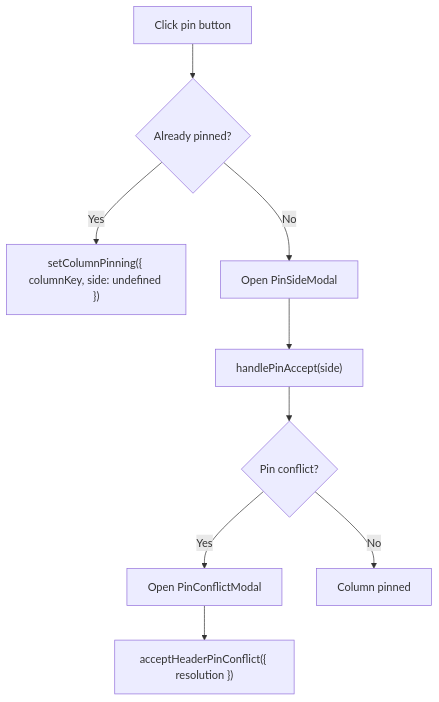
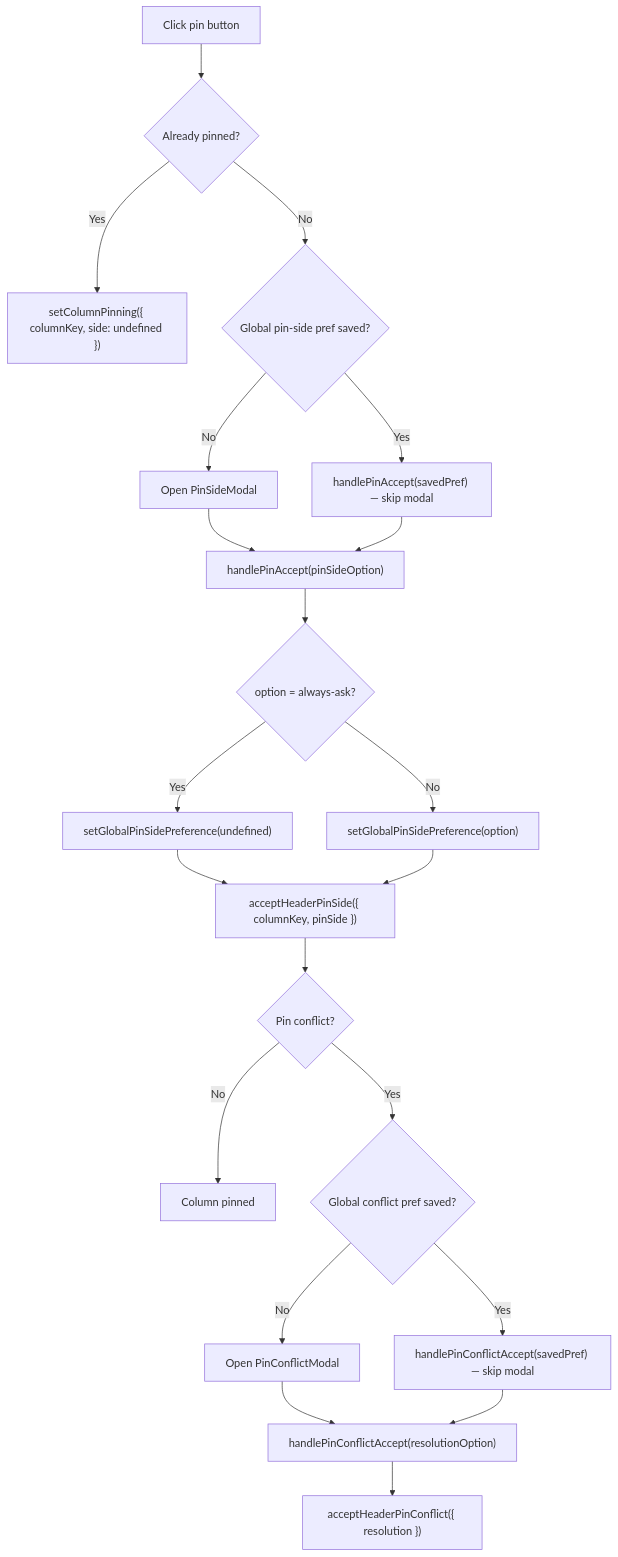
The third of 3 diagrams in apps/react-router/src/components/Table/TableHeaderCell/ARCHITECTURE.md (luciocabrera/lcabrera-stack), drawn with Mermaid before and after one commit. The commit also changed other lines of this file and 47 other files, not shown here.

````diff
--- a/apps/react-router/src/components/Table/TableHeaderCell/ARCHITECTURE.md
+++ b/apps/react-router/src/components/Table/TableHeaderCell/ARCHITECTURE.md
@@ -72,11 +74,23 @@
 ```mermaid
 graph TD
   Click["Click pin button"] --> Check{"Already pinned?"}
   Check -->|Yes| Unpin["setColumnPinning({ columnKey, side: undefined })"]
-  Check -->|No| Modal["Open PinSideModal"]
-  Modal --> Accept["handlePinAccept(side)"]
-  Accept --> Conflict{"Pin conflict?"}
-  Conflict -->|Yes| ConflictModal["Open PinConflictModal"]
+  Check -->|No| PrefCheck{"Global pin-side pref saved?"}
+  PrefCheck -->|Yes| AutoPin["handlePinAccept(savedPref) — skip modal"]
+  PrefCheck -->|No| Modal["Open PinSideModal"]
+  Modal --> Accept["handlePinAccept(pinSideOption)"]
+  AutoPin --> Accept
+  Accept --> SavePref{"option = always-ask?"}
+  SavePref -->|Yes| ClearPref["setGlobalPinSidePreference(undefined)"]
+  SavePref -->|No| StorePref["setGlobalPinSidePreference(option)"]
+  ClearPref --> PinAction["acceptHeaderPinSide({ columnKey, pinSide })"]
+  StorePref --> PinAction
+  PinAction --> Conflict{"Pin conflict?"}
   Conflict -->|No| Done["Column pinned"]
-  ConflictModal --> Resolve["acceptHeaderPinConflict({ resolution })"]
+  Conflict -->|Yes| ConflictPrefCheck{"Global conflict pref saved?"}
+  ConflictPrefCheck -->|Yes| AutoConflict["handlePinConflictAccept(savedPref) — skip modal"]
+  ConflictPrefCheck -->|No| ConflictModal["Open PinConflictModal"]
+  ConflictModal --> Resolve["handlePinConflictAccept(resolutionOption)"]
+  AutoConflict --> Resolve
+  Resolve --> acceptHeaderPinConflict["acceptHeaderPinConflict({ resolution })"]
 ```
````
